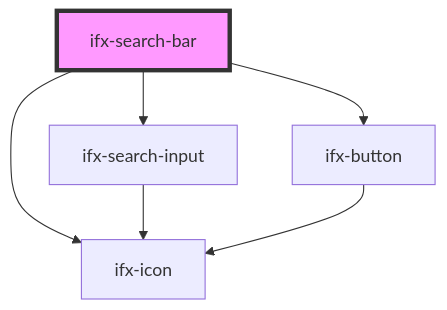
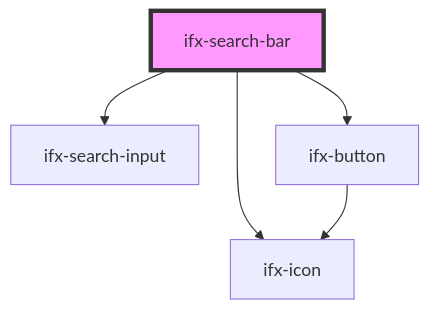
The diagram in src/components/search-bar/readme.md (Infineon/infineon-design-system-stencil), drawn with Mermaid before and after one commit. The commit also changed 6 other files, not shown here.

Commit message:
search-bar icon stabilised

````diff
--- a/src/components/search-bar/readme.md
+++ b/src/components/search-bar/readme.md
@@ -33,9 +33,8 @@
 ```mermaid
 graph TD;
   ifx-search-bar --> ifx-search-input
+  ifx-search-bar --> ifx-icon
   ifx-search-bar --> ifx-button
-  ifx-search-bar --> ifx-icon
-  ifx-search-input --> ifx-icon
   ifx-button --> ifx-icon
   style ifx-search-bar fill:#f9f,stroke:#333,stroke-width:4px
 ```
````
